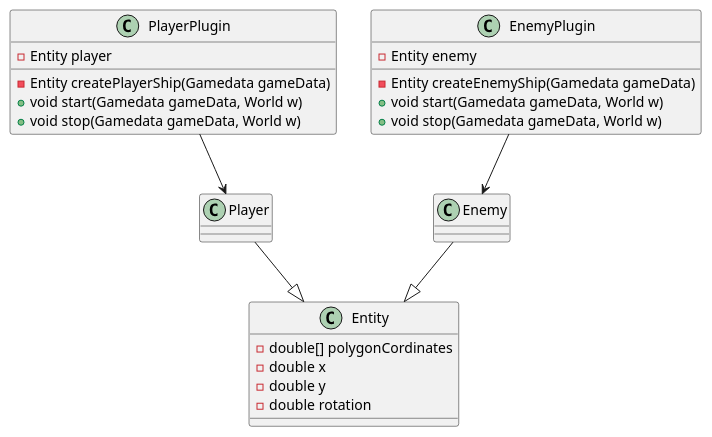
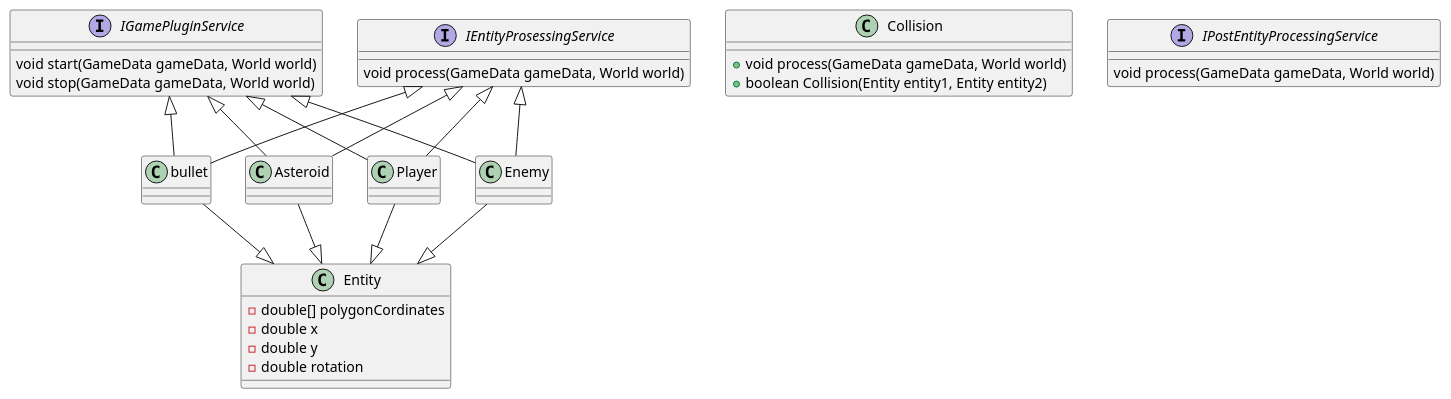
One commit to Anders-Bacon/AsteroidsFX changed the diagram in UML/class-diagram.puml. Above: the diagram before and after it, drawn with PlantUML. The commit also changed 7 other files, not shown here.

```diff
--- a/UML/class-diagram.puml
+++ b/UML/class-diagram.puml
@@ -1,35 +1,53 @@
 @startuml
 
 class Entity{
     - double[] polygonCordinates
     - double x
     - double y
     - double rotation
 }
 
 class Player{}
 Class Enemy{}
+class bullet{}
+class Asteroid{}
 
-class PlayerPlugin{
-    - Entity player
-    - Entity createPlayerShip(Gamedata gameData)
-    + void start(Gamedata gameData, World w)
-    + void stop(Gamedata gameData, World w)
+
+interface IGamePluginService{
+    void start(GameData gameData, World world)
+    void stop(GameData gameData, World world)
 }
 
-class EnemyPlugin{
-    - Entity enemy
-    - Entity createEnemyShip(Gamedata gameData)
-    + void start(Gamedata gameData, World w)
-    + void stop(Gamedata gameData, World w)
+class Collision{
+    + void process(GameData gameData, World world)
+    + boolean Collision(Entity entity1, Entity entity2)
 }
 
+interface IPostEntityProcessingService{
+    void process(GameData gameData, World world)
+}
 
-EnemyPlugin --> Enemy
-PlayerPlugin --> Player
+interface IEntityProsessingService{
+    void process(GameData gameData, World world)
+}
+
 Enemy -down-|> Entity
 Player -down-|> Entity
+bullet -down-|> Entity
+Asteroid -down-|> Entity
+
+Enemy -up-|> IEntityProsessingService
+Player -up-|> IEntityProsessingService
+bullet -up-|> IEntityProsessingService
+Asteroid -up-|> IEntityProsessingService
+
+Enemy -up-|> IGamePluginService
+Player -up-|> IGamePluginService
+bullet -up-|> IGamePluginService
+Asteroid -up-|> IGamePluginService
+
+
 
 
 
 @enduml
```
